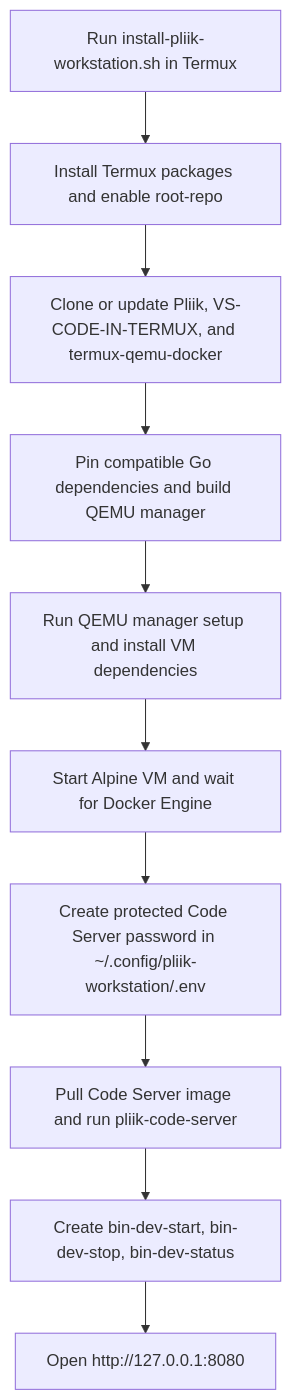
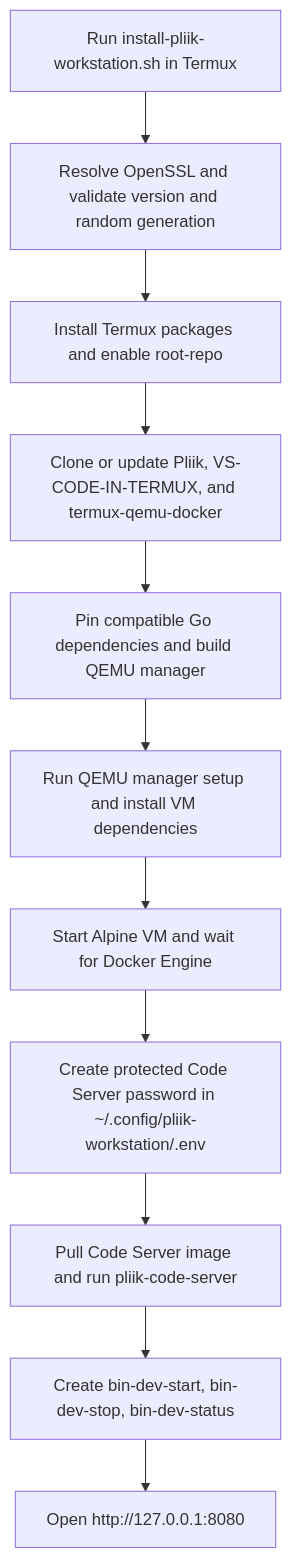
One commit to mutualendemic/pliik changed the second of 2 diagrams in ARCHITECTURE.md. Above: the diagram before and after it, drawn with Mermaid. The commit also changed 2 other files, not shown here.

Commit message:
Validate OpenSSL and document troubleshooting

````diff
--- a/ARCHITECTURE.md
+++ b/ARCHITECTURE.md
@@ -41,15 +41,16 @@
 ```mermaid
 flowchart TD
     Start[Run install-pliik-workstation.sh in Termux]
+    OpenSSL[Resolve OpenSSL and validate version and random generation]
     Packages[Install Termux packages and enable root-repo]
     Checkout[Clone or update Pliik, VS-CODE-IN-TERMUX, and termux-qemu-docker]
     Build[Pin compatible Go dependencies and build QEMU manager]
     Setup[Run QEMU manager setup and install VM dependencies]
     VM[Start Alpine VM and wait for Docker Engine]
     Secret[Create protected Code Server password in ~/.config/pliik-workstation/.env]
     Deploy[Pull Code Server image and run pliik-code-server]
     Commands[Create bin-dev-start, bin-dev-stop, bin-dev-status]
     Ready[Open http://127.0.0.1:8080]
 
-    Start --> Packages --> Checkout --> Build --> Setup --> VM --> Secret --> Deploy --> Commands --> Ready
+    Start --> OpenSSL --> Packages --> Checkout --> Build --> Setup --> VM --> Secret --> Deploy --> Commands --> Ready
 ```
````
